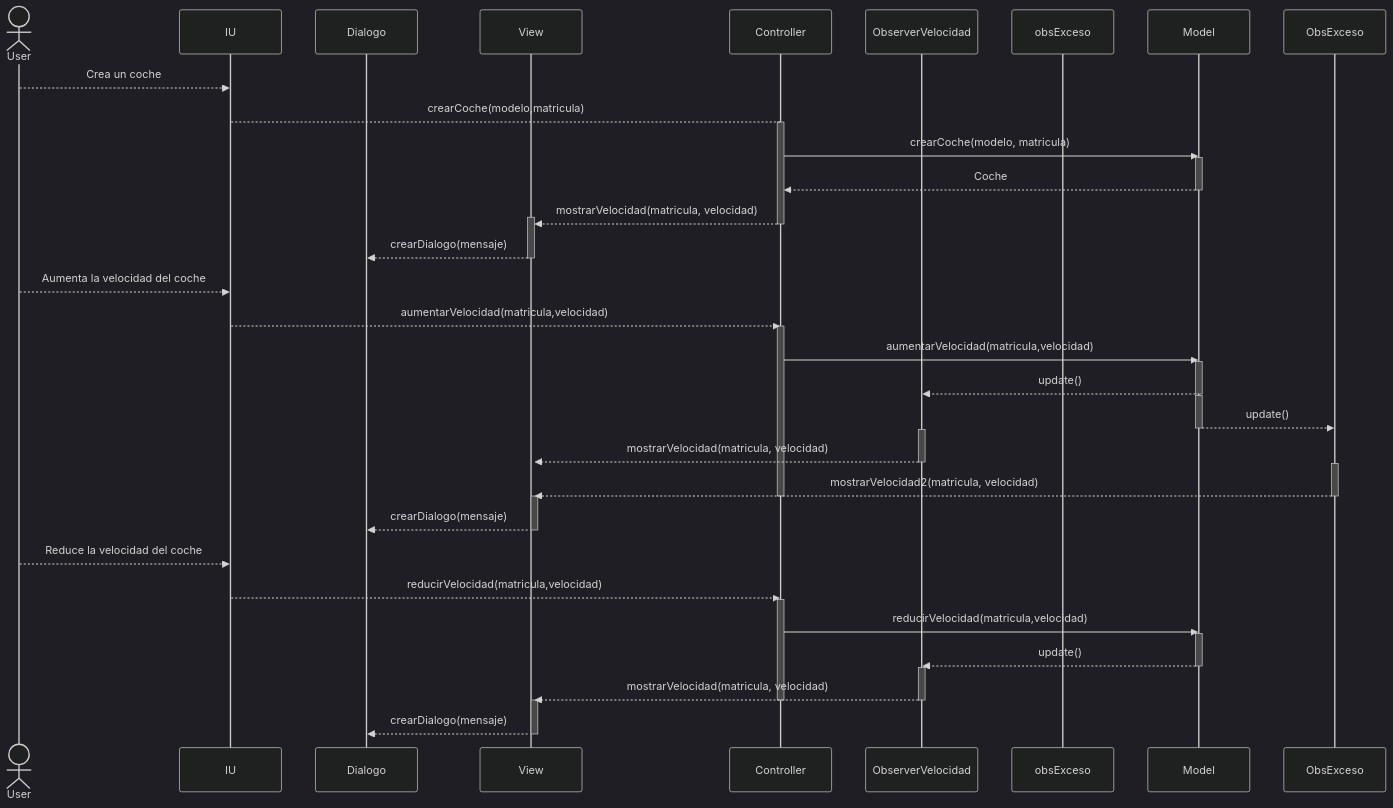
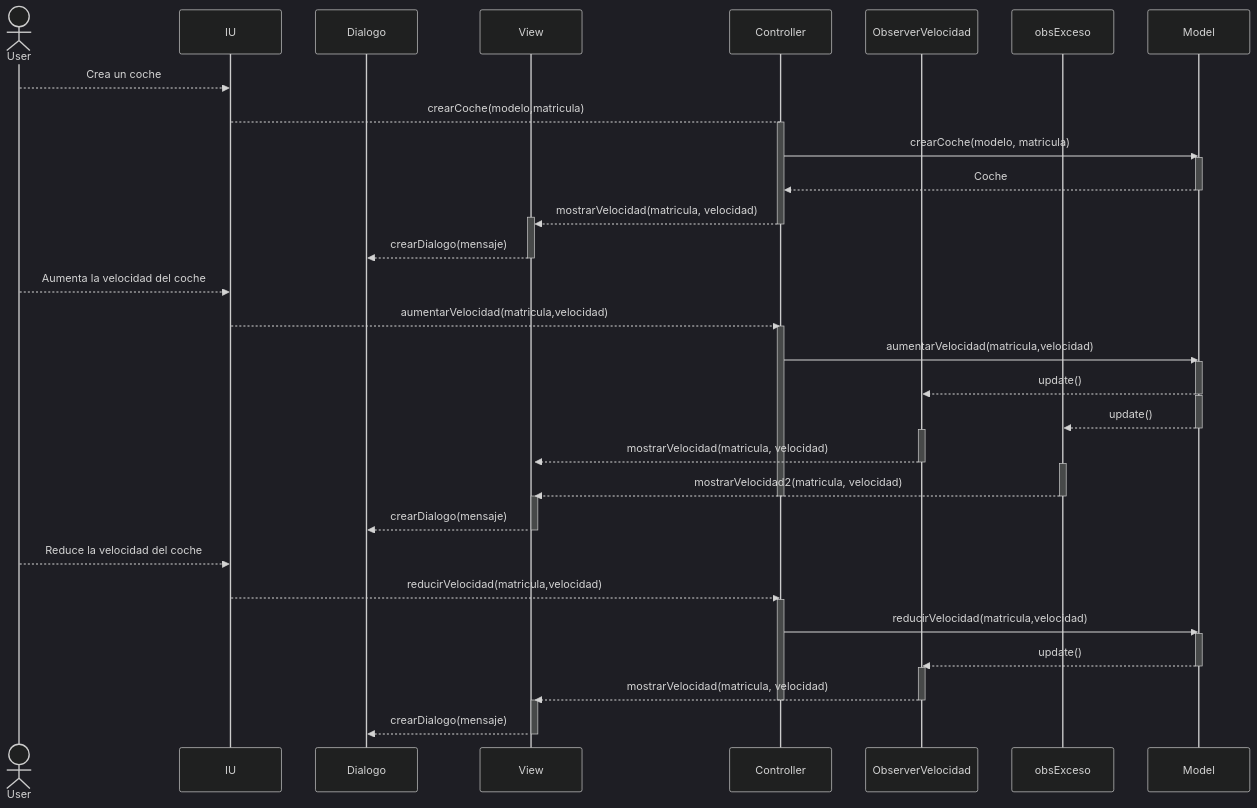
The third of 4 diagrams in Readme.md (JorgeAmestoy/MVC_coches), drawn with Mermaid (dark theme) before and after one commit. The commit also changed other lines of this file, not shown here.

````diff
--- a/Readme.md
+++ b/Readme.md
@@ -129,54 +130,54 @@
 ```mermaid
 sequenceDiagram
 actor User    
 participant IU
 participant Dialogo
 participant View
 participant Controller
 participant ObserverVelocidad
 participant obsExceso
 participant Model
 
     User-->>IU: Crea un coche
     IU-->Controller: crearCoche(modelo,matricula)
     activate Controller
     Controller->>Model: crearCoche(modelo, matricula)
     activate Model
     Model-->>Controller: Coche
     deactivate Model
     Controller-->>+View: mostrarVelocidad(matricula, velocidad)
     deactivate Controller
     View-->>-Dialogo: crearDialogo(mensaje)
     
     User-->>IU: Aumenta la velocidad del coche
     IU-->>Controller: aumentarVelocidad(matricula,velocidad)
     activate Controller
     Controller->>Model: aumentarVelocidad(matricula,velocidad)
     activate Model
     Model-->>ObserverVelocidad: update()
     deactivate Model
     activate Model
-    Model-->>ObsExceso: update()
+    Model-->>obsExceso: update()
     deactivate Model
     activate ObserverVelocidad
     ObserverVelocidad-->>+View: mostrarVelocidad(matricula, velocidad)
     deactivate ObserverVelocidad
-    activate ObsExceso
-    ObsExceso-->>+View: mostrarVelocidad2(matricula, velocidad)
-    deactivate ObsExceso
+    activate obsExceso
+    obsExceso-->>+View: mostrarVelocidad2(matricula, velocidad)
+    deactivate obsExceso
     deactivate Controller
     View-->>-Dialogo: crearDialogo(mensaje)
     
     User-->>IU: Reduce la velocidad del coche
     IU-->>Controller: reducirVelocidad(matricula,velocidad)
     activate Controller
     Controller->>Model: reducirVelocidad(matricula,velocidad)
     activate Model
     Model-->>ObserverVelocidad: update()
     deactivate Model
     activate ObserverVelocidad
     ObserverVelocidad-->>+View: mostrarVelocidad(matricula, velocidad)
     deactivate ObserverVelocidad
     deactivate Controller
     View-->>-Dialogo: crearDialogo(mensaje)
 ```
````
